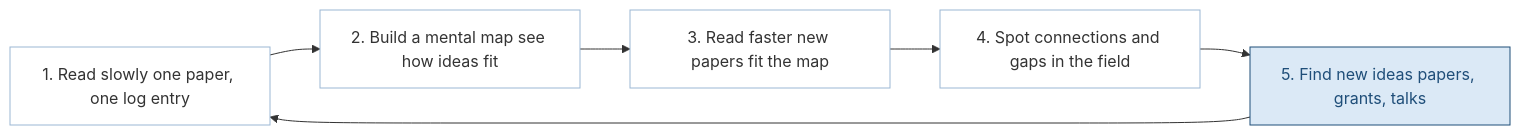
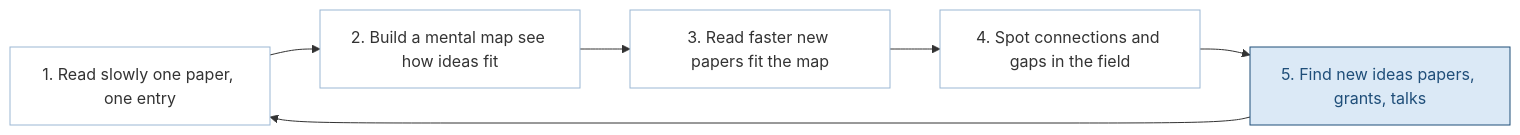
The first of 2 diagrams in README.md (michelleangelorocha/why-literature-review-matters), drawn with Mermaid before and after one commit. The commit also changed other lines of this file, not shown here.

````diff
--- a/README.md
+++ b/README.md
@@ -30,12 +32,12 @@
 ```mermaid
 flowchart LR
-A["1. Read slowly one paper, one log entry"] --> B["2. Build a mental map see how ideas fit"]
+A["1. Read slowly one paper, one entry"] --> B["2. Build a mental map see how ideas fit"]
 B --> C["3. Read faster new papers fit the map"]
 C --> D["4. Spot connections and gaps in the field"]
 D --> E["5. Find new ideas papers, grants, talks"]
 E --> A
 classDef step fill:#ffffff,color:#333333,stroke:#9bb7d4
 classDef goal fill:#dbe9f6,color:#1f4e79,stroke:#1f4e79
 class A,B,C,D step
 class E goal
 ```
````
